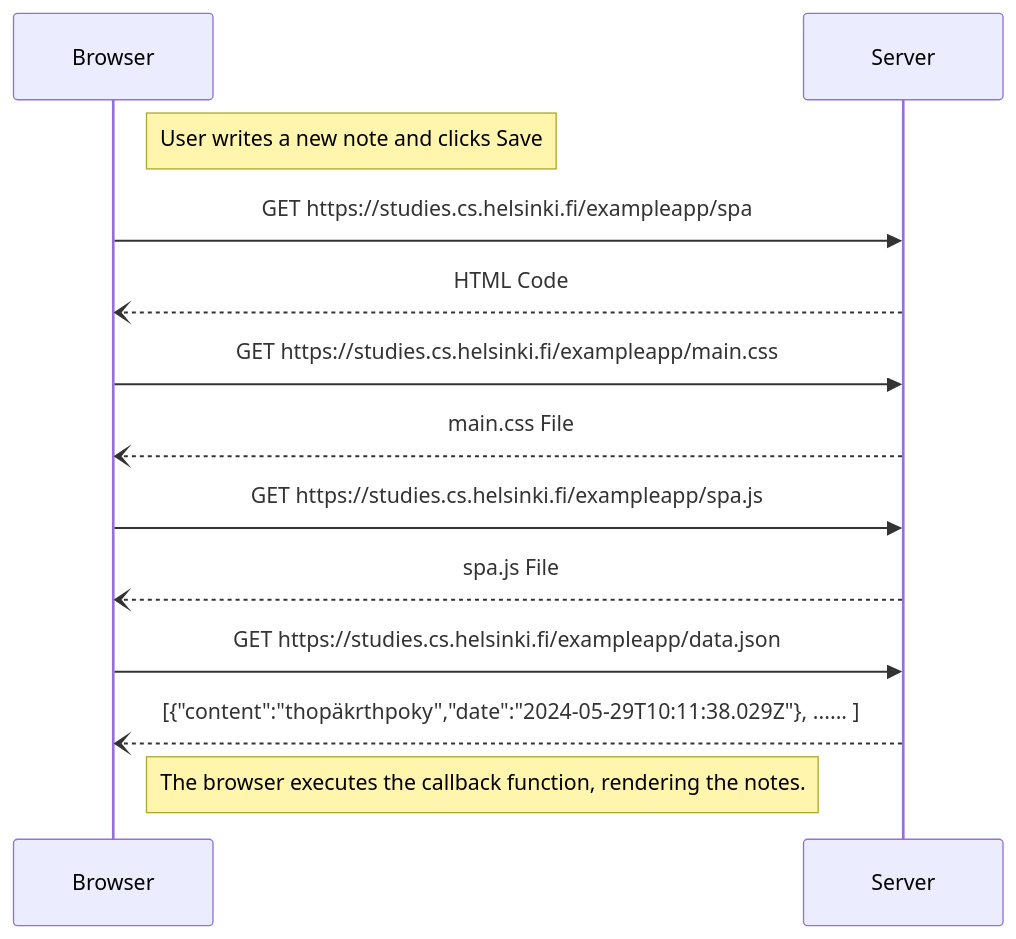
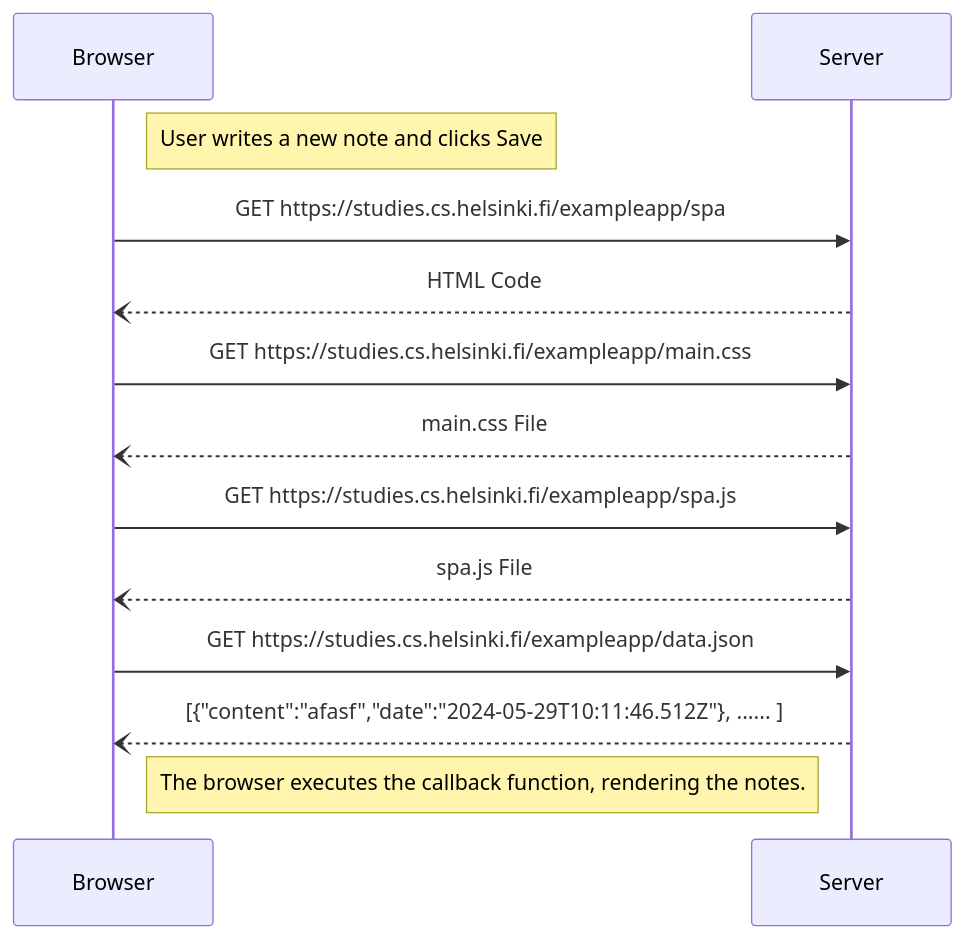
One commit to BeVocalist/Full-Stack-Web-Development changed the diagram in part0/q5.md. Above: the diagram before and after it, drawn with Mermaid.

````diff
--- a/part0/q5.md
+++ b/part0/q5.md
@@ -1,16 +1,16 @@
 ```mermaid
 sequenceDiagram
   participant Browser
   participant Server
   Note right of Browser: User writes a new note and clicks Save
 
   Browser->>Server: GET https://studies.cs.helsinki.fi/exampleapp/spa
   Server--)Browser: HTML Code
   Browser->>Server: GET https://studies.cs.helsinki.fi/exampleapp/main.css
   Server--)Browser: main.css File
   Browser->>Server: GET https://studies.cs.helsinki.fi/exampleapp/spa.js
   Server--)Browser: spa.js File
   Browser->>Server: GET https://studies.cs.helsinki.fi/exampleapp/data.json
-  Server--)Browser: [{"content":"thopäkrthpoky","date":"2024-05-29T10:11:38.029Z"}, ...... ]
+  Server--)Browser: [{"content":"afasf","date":"2024-05-29T10:11:46.512Z"}, ...... ]
   Note right of Browser: The browser executes the callback function, rendering the notes.
 ```
````
